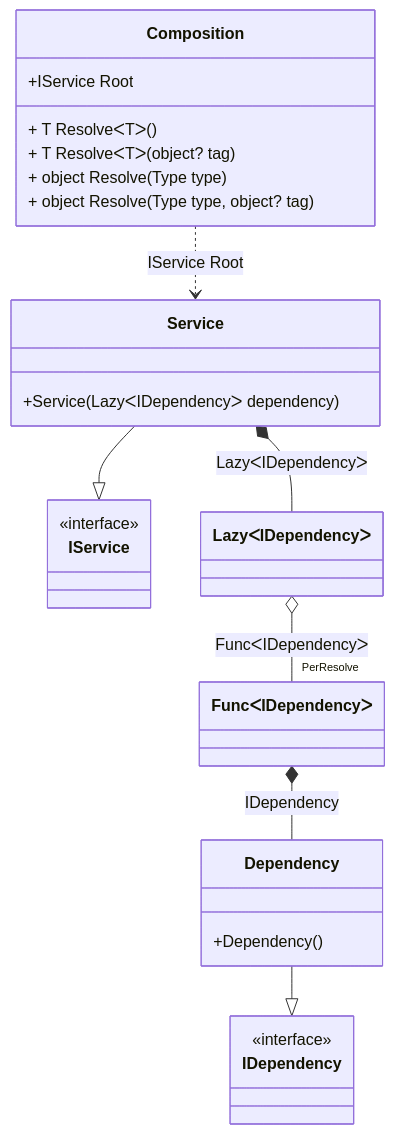
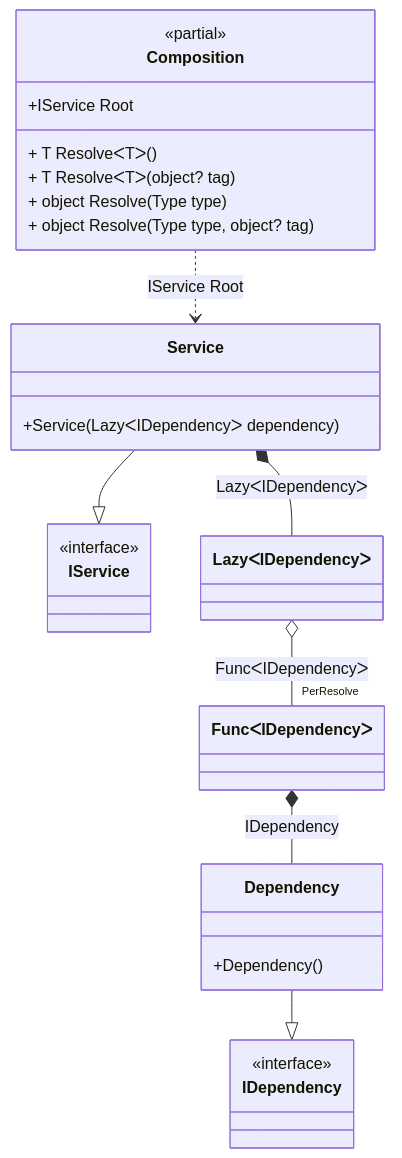
Before and after one commit to DevTeam/Pure.DI: the diagram in readme/lazy.md, drawn with Mermaid. The commit also changed 74 other files, not shown here.

Commit message:
Improved class diagram

````diff
--- a/readme/lazy.md
+++ b/readme/lazy.md
@@ -35,30 +35,31 @@
 ```mermaid
 classDiagram
 	class Composition {
+		<<partial>>
 		+IService Root
 		+ T ResolveᐸTᐳ()
 		+ T ResolveᐸTᐳ(object? tag)
 		+ object Resolve(Type type)
 		+ object Resolve(Type type, object? tag)
 	}
 	Dependency --|> IDependency : 
 	class Dependency {
 		+Dependency()
 	}
 	Service --|> IService : 
 	class Service {
 		+Service(LazyᐸIDependencyᐳ dependency)
 	}
 	class LazyᐸIDependencyᐳ
 	class FuncᐸIDependencyᐳ
 	class IDependency {
 		<<interface>>
 	}
 	class IService {
 		<<interface>>
 	}
 	Service *--  LazyᐸIDependencyᐳ : LazyᐸIDependencyᐳ
 	Composition ..> Service : IService Root
-	LazyᐸIDependencyᐳ o--  "PerResolve" FuncᐸIDependencyᐳ : FuncᐸIDependencyᐳ
+	LazyᐸIDependencyᐳ o-- "PerResolve" FuncᐸIDependencyᐳ : FuncᐸIDependencyᐳ
 	FuncᐸIDependencyᐳ *--  Dependency : IDependency
 ```
````
